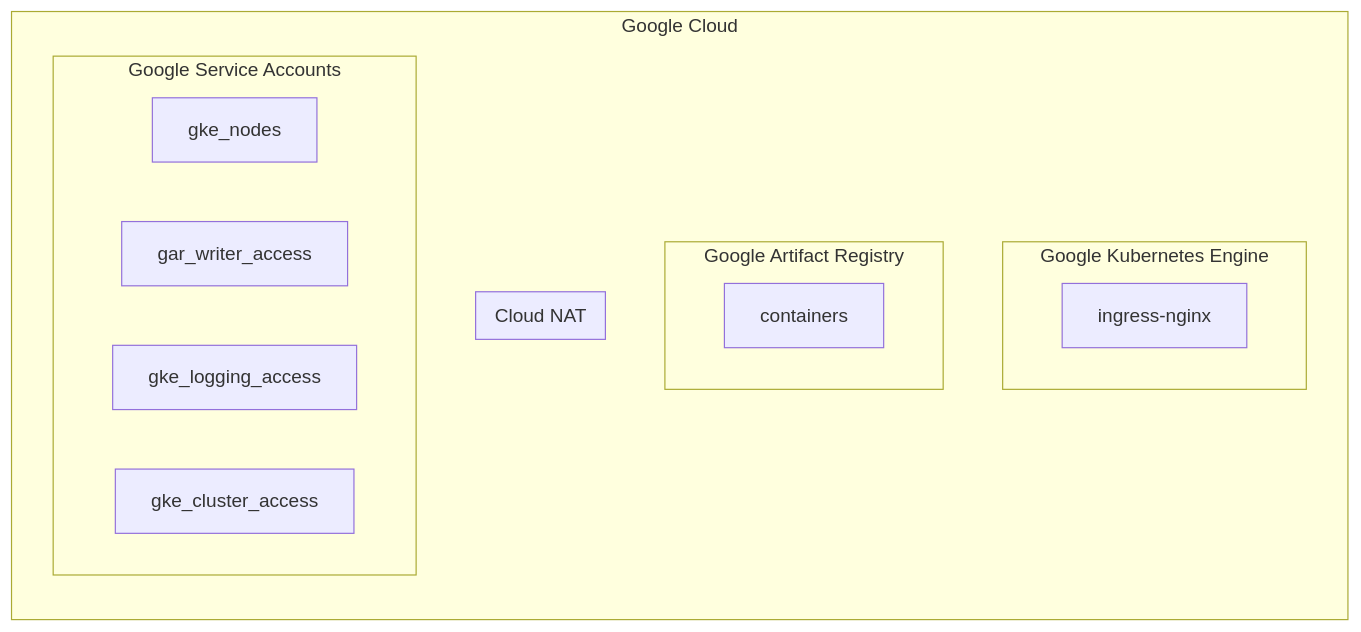
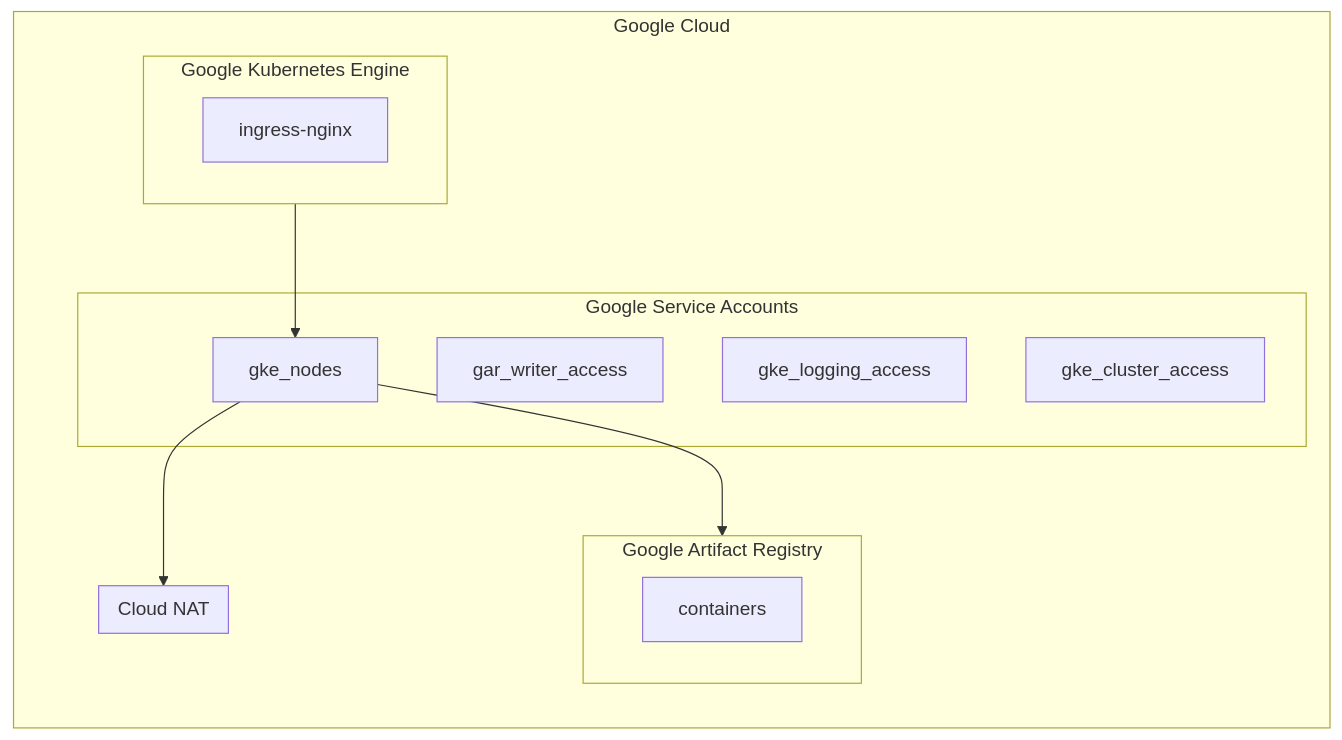
Before and after one commit to TEST-ACCOUNT-APURV/redis-test: the second of 3 diagrams in README.md, drawn with Mermaid.

Commit message:
update Google Cloud graph

````diff
--- a/README.md
+++ b/README.md
@@ -34,19 +34,22 @@
 ```mermaid
 flowchart LR
   subgraph Google Cloud
-    subgraph Google Kubernetes Engine
+    subgraph gke [Google Kubernetes Engine]
       ingress-nginx
     end
-    subgraph Google Artifact Registry
+    subgraph gar [Google Artifact Registry]
       containers
     end
-    subgraph Cloud NAT
+    subgraph cloud-nat [Cloud NAT]
     end
     subgraph Google Service Accounts
       gke_nodes
       gar_writer_access
       gke_logging_access
       gke_cluster_access
     end
+    gke-->gke_nodes
+    gke_nodes-->cloud-nat
+    gke_nodes-->gar
   end
 ```
````
